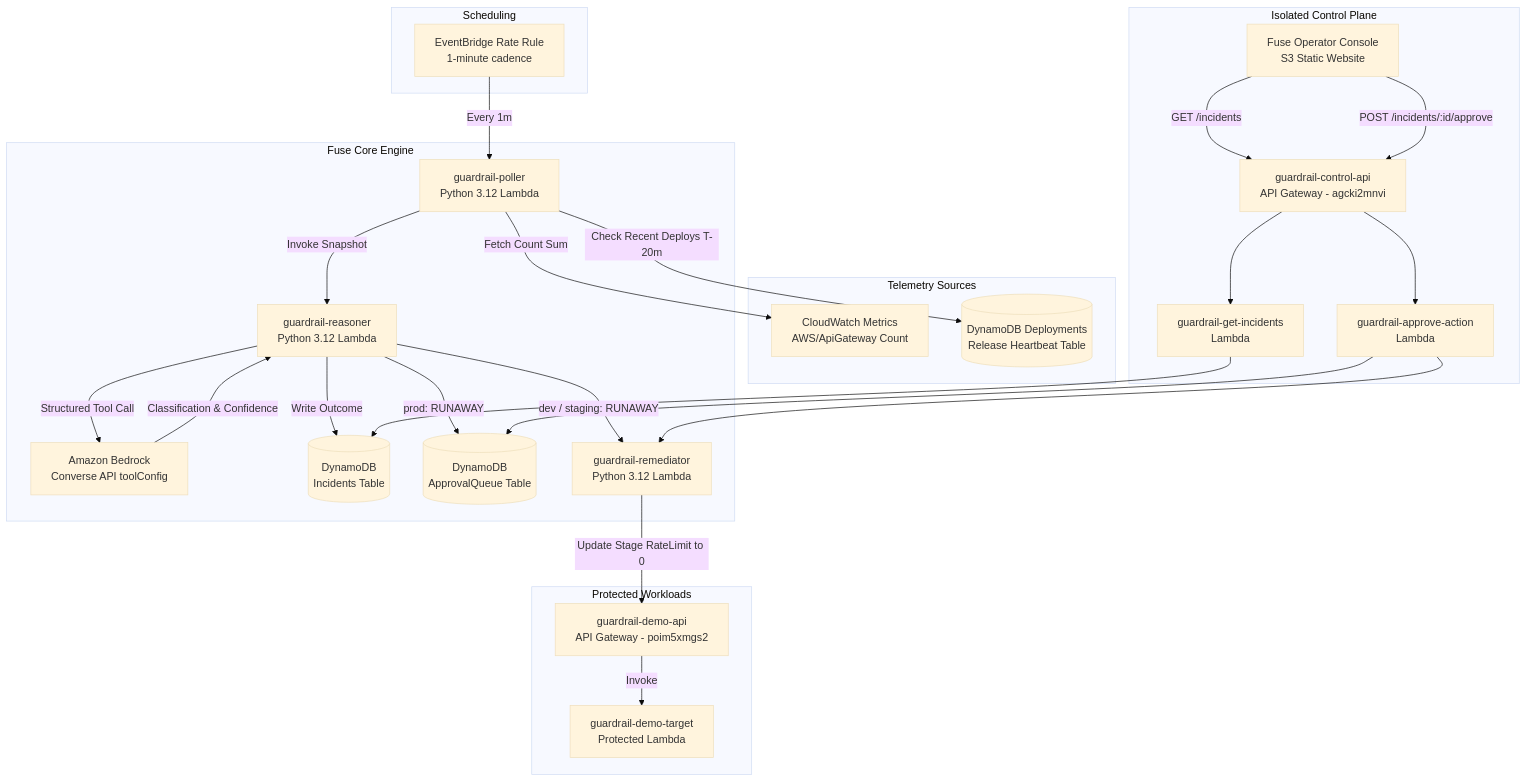
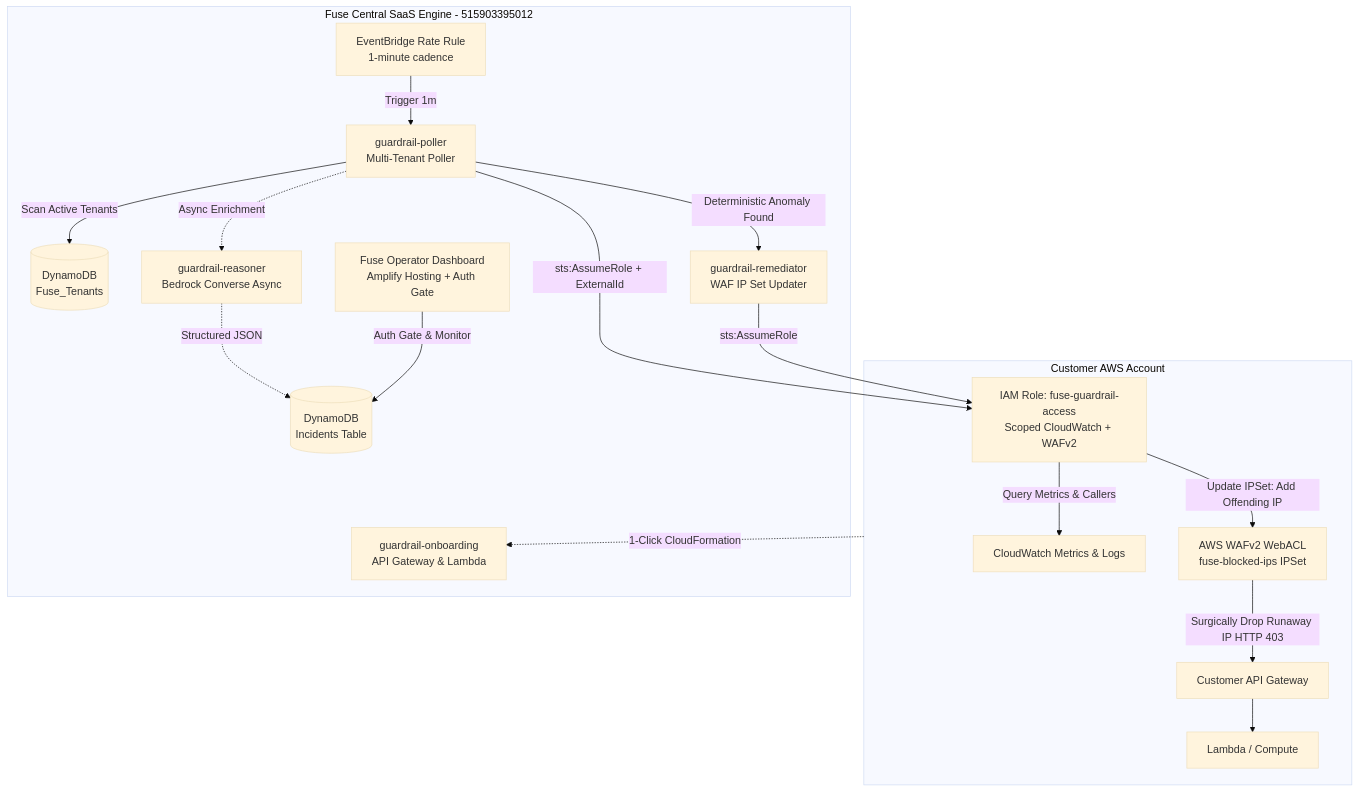
Before and after one commit to Pranjulchaurasiya/fuse: the diagram in README.md, drawn with Mermaid (base theme). The commit also changed other lines of this file and 57 other files, not shown here.

First line of the commit message:
feat(saas): surgical WAFv2 IP blocking, cross-account IAM onboarding & compact console

````diff
--- a/README.md
+++ b/README.md
@@ -75,57 +72,37 @@
 ```mermaid
 flowchart TD
-    subgraph Scheduling
-        EB[EventBridge Rate Rule<br/>1-minute cadence]
+    subgraph CustomerAWS[Customer AWS Account]
+        Role[IAM Role: fuse-guardrail-access<br/>Scoped CloudWatch + WAFv2]
+        CustCW[CloudWatch Metrics & Logs]
+        CustWAF[AWS WAFv2 WebACL<br/>fuse-blocked-ips IPSet]
+        CustAPI[Customer API Gateway]
+        CustTarget[Lambda / Compute]
     end
 
-    subgraph Telemetry Sources
-        CW[CloudWatch Metrics<br/>AWS/ApiGateway Count]
-        DH[(DynamoDB Deployments<br/>Release Heartbeat Table)]
+    subgraph FuseControl[Fuse Central SaaS Engine - 515903395012]
+        EB[EventBridge Rate Rule<br/>1-minute cadence]
+        Poller[guardrail-poller<br/>Multi-Tenant Poller]
+        Tenants[(DynamoDB<br/>Fuse_Tenants)]
+        Incidents[(DynamoDB<br/>Incidents Table)]
+        Remediator[guardrail-remediator<br/>WAF IP Set Updater]
+        Reasoner[guardrail-reasoner<br/>Bedrock Converse Async]
+        OnboardAPI[guardrail-onboarding<br/>API Gateway & Lambda]
+        Console[Fuse Operator Dashboard<br/>Amplify Hosting + Auth Gate]
     end
 
-    subgraph Fuse Core Engine
-        Poller[guardrail-poller<br/>Python 3.12 Lambda]
-        Reasoner[guardrail-reasoner<br/>Python 3.12 Lambda]
-        Bedrock[Amazon Bedrock<br/>Converse API toolConfig]
-        IncidentsTable[(DynamoDB<br/>Incidents Table)]
-        ApprovalTable[(DynamoDB<br/>ApprovalQueue Table)]
-        Remediator[guardrail-remediator<br/>Python 3.12 Lambda]
-    end
+    EB -->|Trigger 1m| Poller
+    Poller -->|Scan Active Tenants| Tenants
+    Poller -->|sts:AssumeRole + ExternalId| Role
+    Role -->|Query Metrics & Callers| CustCW
+    Poller -->|Deterministic Anomaly Found| Remediator
+    Poller -.->|Async Enrichment| Reasoner
+    Reasoner -.->|Structured JSON| Incidents
 
-    subgraph Protected Workloads
-        DemoAPI[guardrail-demo-api<br/>API Gateway - poim5xmgs2]
-        DemoTarget[guardrail-demo-target<br/>Protected Lambda]
-    end
+    Remediator -->|sts:AssumeRole| Role
+    Role -->|Update IPSet: Add Offending IP| CustWAF
+    CustWAF -->|Surgically Drop Runaway IP HTTP 403| CustAPI
+    CustAPI --> CustTarget
 
-    subgraph Isolated Control Plane
-        ControlAPI[guardrail-control-api<br/>API Gateway - agcki2mnvi]
-        GetIncidents[guardrail-get-incidents<br/>Lambda]
-        ApproveAction[guardrail-approve-action<br/>Lambda]
-        Dashboard[Fuse Operator Console<br/>S3 Static Website]
-    end
-
-    EB -->|Every 1m| Poller
-    Poller -->|Fetch Count Sum| CW
-    Poller -->|Check Recent Deploys T-20m| DH
-    Poller -->|Invoke Snapshot| Reasoner
-    Reasoner -->|Structured Tool Call| Bedrock
-    Bedrock -->|Classification & Confidence| Reasoner
-    Reasoner -->|Write Outcome| IncidentsTable
-
-    %% Environment Branching
-    Reasoner -->|dev / staging: RUNAWAY| Remediator
-    Reasoner -->|prod: RUNAWAY| ApprovalTable
-
-    %% Remediation
-    Remediator -->|Update Stage RateLimit to 0| DemoAPI
-    DemoAPI -->|Invoke| DemoTarget
-
-    %% Control Plane Isolation
-    Dashboard -->|GET /incidents| ControlAPI
-    Dashboard -->|POST /incidents/:id/approve| ControlAPI
-    ControlAPI --> GetIncidents
-    ControlAPI --> ApproveAction
-    GetIncidents --> IncidentsTable
-    ApproveAction --> Remediator
-    ApproveAction --> ApprovalTable
+    Console -->|Auth Gate & Monitor| Incidents
+    CustomerAWS -.->|1-Click CloudFormation| OnboardAPI
 ```
````
